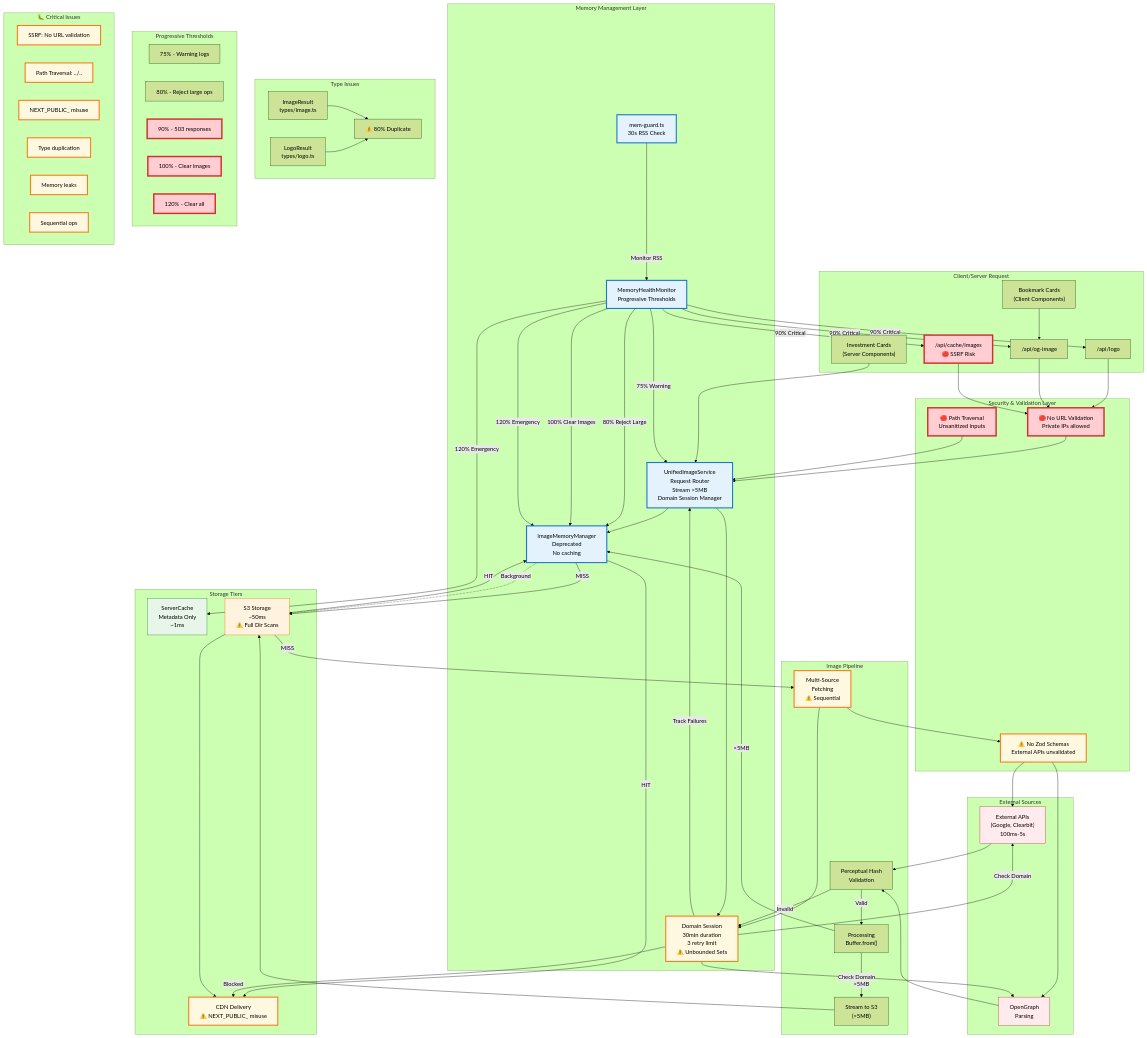
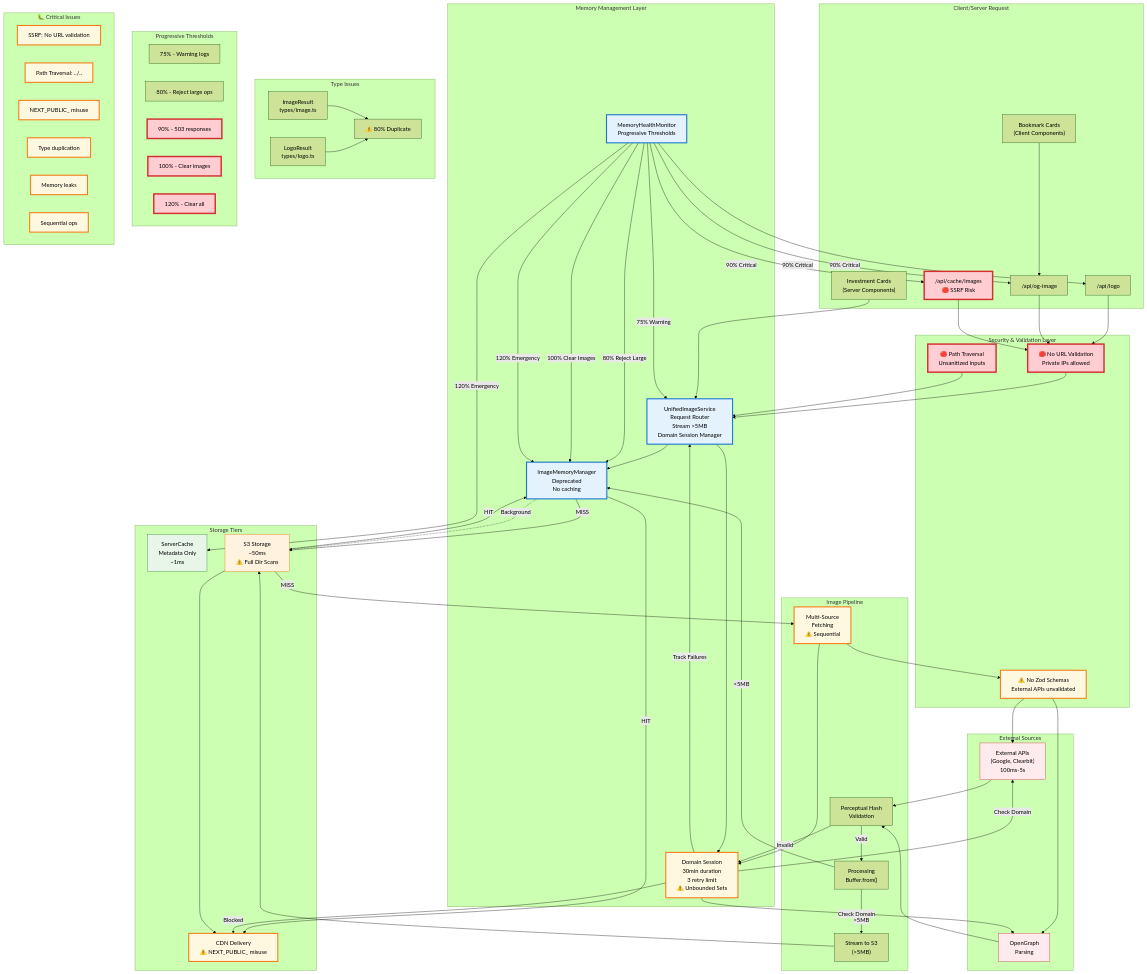
One commit to WilliamAGH/williamcallahan.com changed the diagram in docs/projects/structure/image-handling.mmd. Above: the diagram before and after it, drawn with Mermaid (forest theme). The commit also changed 8 other files, not shown here.

```diff
--- a/docs/projects/structure/image-handling.mmd
+++ b/docs/projects/structure/image-handling.mmd
@@ -1,134 +1,132 @@
 graph TD
     subgraph "Client/Server Request"
         A["/api/logo"]
         B["/api/og-image"]
         C["/api/cache/images<br/>🔴 SSRF Risk"]
         D["Investment Cards<br/>(Server Components)"]
         E["Bookmark Cards<br/>(Client Components)"]
     end
 
     subgraph "Security & Validation Layer"
         SEC1["🔴 No URL Validation<br/>Private IPs allowed"]
         SEC2["🔴 Path Traversal<br/>Unsanitized inputs"]
         VAL1["⚠️ No Zod Schemas<br/>External APIs unvalidated"]
     end
 
     subgraph "Memory Management Layer"
         MM1["ImageMemoryManager<br/>Deprecated<br/>No caching"]
         MM2["UnifiedImageService<br/>Request Router<br/>Stream >5MB<br/>Domain Session Manager"]
         MM3["MemoryHealthMonitor<br/>Progressive Thresholds"]
-        MM4["mem-guard.ts<br/>30s RSS Check"]
         MM5["Domain Session<br/>30min duration<br/>3 retry limit<br/>⚠️ Unbounded Sets"]
     end
 
     subgraph "Image Pipeline"
         F["Multi-Source<br/>Fetching<br/>⚠️ Sequential"]
         G["Perceptual Hash<br/>Validation"]
         H["Processing<br/>Buffer.from()"]
         ST["Stream to S3<br/>(>5MB)"]
     end
     
     subgraph "Storage Tiers"
         I["ServerCache<br/>Metadata Only<br/>~1ms"]
         J["S3 Storage<br/>~50ms<br/>⚠️ Full Dir Scans"]
         K["CDN Delivery<br/>⚠️ NEXT_PUBLIC_ misuse"]
     end
     
     subgraph "External Sources"
         L["External APIs<br/>(Google, Clearbit)<br/>100ms-5s"]
         M["OpenGraph<br/>Parsing"]
     end
 
     subgraph "Type Issues"
         TY1["ImageResult<br/>types/image.ts"]
         TY2["LogoResult<br/>types/logo.ts"]
         TY3["⚠️ 80% Duplicate"]
     end
 
     %% Security flows
     A --> SEC1
     B --> SEC1
     C --> SEC1
     SEC1 --> MM2
     SEC2 --> MM2
 
     %% Request flows
     D --> MM2
     E --> B
 
     %% Memory management
     MM2 --> MM1
     MM1 -->|HIT| K
     MM1 -->|MISS| J
     J -->|HIT| MM1
     J -->|MISS| F
     
     %% Validation gaps
     F --> VAL1
     VAL1 --> L
     VAL1 --> M
     
     %% Fetching pipeline
     F --> MM5
     MM5 -->|"Check Domain"| L
     MM5 -->|"Check Domain"| M
     MM5 -->|"Blocked"| K
     L --> G
     M --> G
     G -->|Valid| H
     G -->|Invalid| MM5
     H -->|">5MB"| ST
     H -->|"<5MB"| MM1
     ST --> J
     
     %% Domain session management
     MM2 --> MM5
     MM5 -->|"Track Failures"| MM2
     
     %% Background persistence
     MM1 -.->|Background| J
     J --> K
 
     %% Memory pressure monitoring
-    MM4 -->|"Monitor RSS"| MM3
     MM3 -->|"75% Warning"| MM2
     MM3 -->|"80% Reject Large"| MM1
     MM3 -->|"90% Critical"| A & B & C
     MM3 -->|"100% Clear Images"| MM1
     MM3 -->|"120% Emergency"| MM1 & I
 
     %% Type duplication
     TY1 --> TY3
     TY2 --> TY3
 
     subgraph "Progressive Thresholds"
         T1["75% - Warning logs"]
         T2["80% - Reject large ops"]
         T3["90% - 503 responses"]
         T4["100% - Clear images"]
         T5["120% - Clear all"]
     end
 
     subgraph "🐛 Critical Issues"
         IS1["SSRF: No URL validation"]
         IS2["Path Traversal: ../.."]
         IS3["NEXT_PUBLIC_ misuse"]
         IS4["Type duplication"]
         IS5["Memory leaks"]
         IS6["Sequential ops"]
     end
 
     %% Styling
     classDef memory fill:#e3f2fd,stroke:#1976d2,stroke-width:3px
     classDef fast fill:#e8f5e9,stroke:#2e7d32
     classDef medium fill:#fff3e0,stroke:#ef6c00
     classDef slow fill:#ffebee,stroke:#c62828
     classDef critical fill:#ffcdd2,stroke:#d32f2f,stroke-width:4px
     classDef warning fill:#fff8e1,stroke:#f57f17,stroke-width:3px
     
-    class MM1,MM2,MM3,MM4 memory
+    class MM1,MM2,MM3 memory
     class I fast
     class J medium
     class L,M slow
     class T3,T4,T5,SEC1,SEC2,C critical
     class VAL1,MM5,F,K,IS1,IS2,IS3,IS4,IS5,IS6 warning
```
